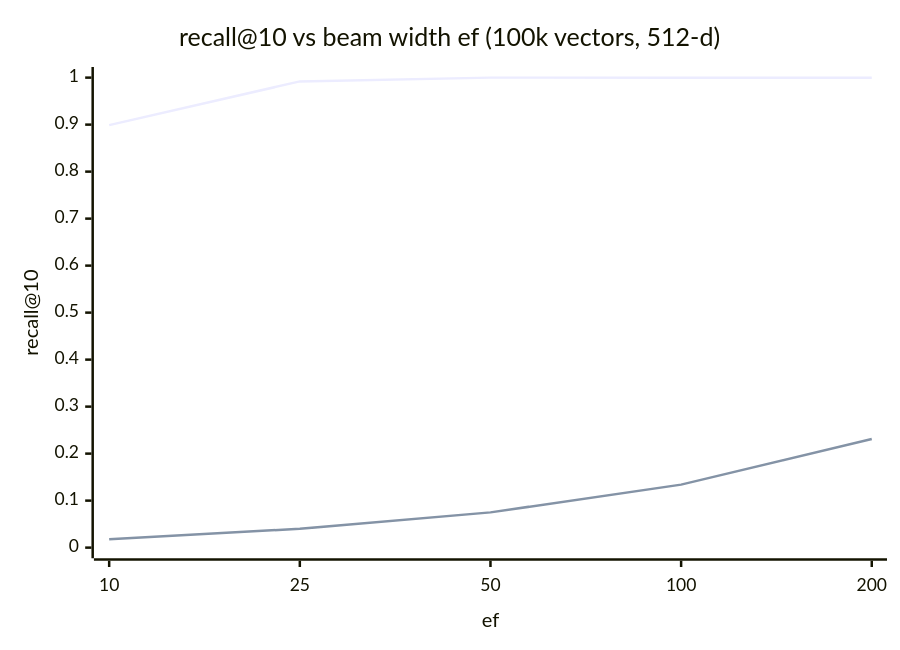
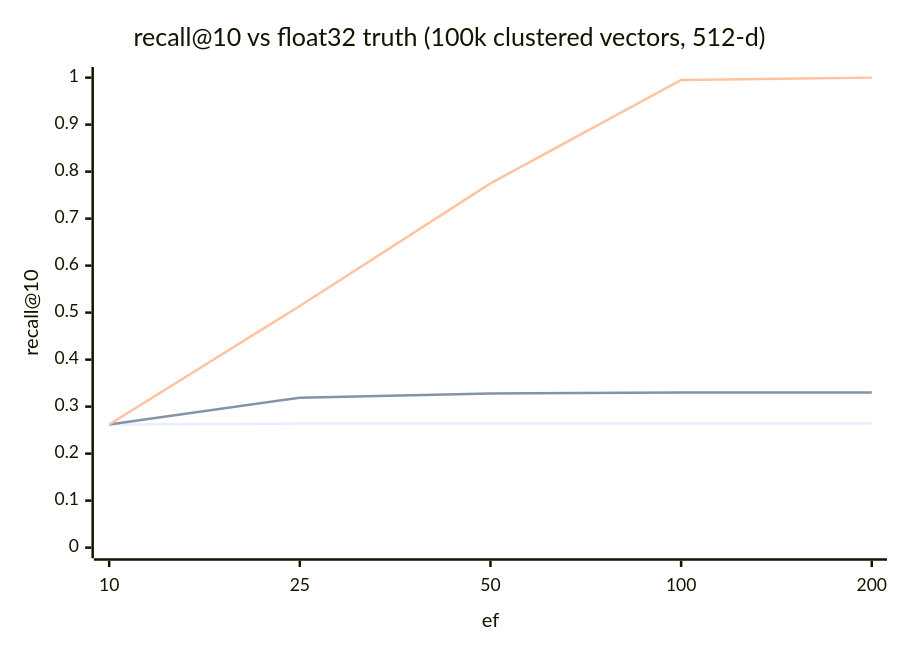
The diagram in README.md (JonathanKash/EdgeVector), drawn with Mermaid before and after one commit. The commit also changed other lines of this file and 7 other files, not shown here.

````diff
--- a/README.md
+++ b/README.md
@@ -39,8 +67,9 @@
 ```mermaid
 xychart-beta
-    title "recall@10 vs beam width ef (100k vectors, 512-d)"
+    title "recall@10 vs float32 truth (100k clustered vectors, 512-d)"
     x-axis "ef" [10, 25, 50, 100, 200]
     y-axis "recall@10" 0 --> 1
-    line "clustered (embedding-like)" [0.899, 0.992, 1.000, 1.000, 1.000]
-    line "iid random (worst case)" [0.018, 0.040, 0.075, 0.134, 0.231]
+    line "Hamming ranking" [0.262, 0.264, 0.264, 0.264, 0.264]
+    line "asymmetric re-rank" [0.262, 0.319, 0.328, 0.330, 0.330]
+    line "exact re-rank" [0.262, 0.514, 0.775, 0.995, 1.000]
 ```
````
